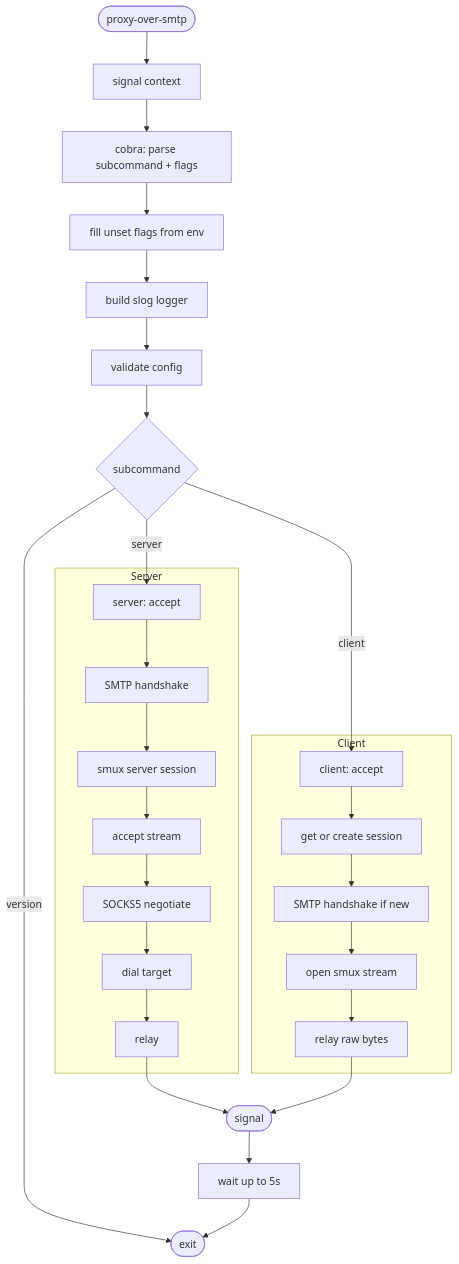
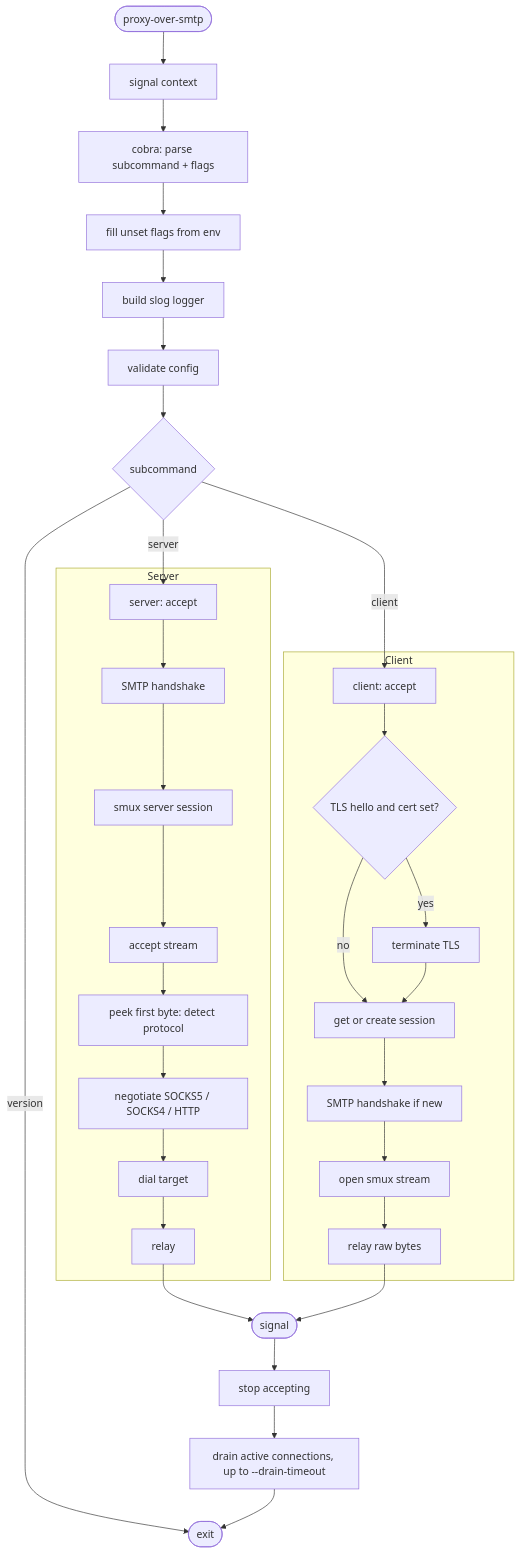
Before and after one commit to dimaskiddo/proxy-over-smtp: the first of 4 diagrams in docs/WORKFLOWS.md, drawn with Mermaid. The commit also changed other lines of this file and 26 other files, not shown here.

Commit message:
feat: add proxy protocol support for socks4, http, and https

````diff
--- a/docs/WORKFLOWS.md
+++ b/docs/WORKFLOWS.md
@@ -9,34 +9,39 @@
 ```mermaid
 flowchart TD
     Start([proxy-over-smtp]) --> Ctx[signal context]
     Ctx --> Cobra[cobra: parse subcommand + flags]
     Cobra --> Env[fill unset flags from env]
     Env --> Log[build slog logger]
     Log --> Val[validate config]
     Val --> Route{subcommand}
 
     Route -- server --> SAccept[server: accept]
     Route -- client --> CAccept[client: accept]
     Route -- version --> Done
 
     subgraph Server
         SAccept --> SHand[SMTP handshake]
         SHand --> SMux[smux server session]
         SMux --> SStream[accept stream]
-        SStream --> SSocks[SOCKS5 negotiate]
+        SStream --> SDet[peek first byte: detect protocol]
+        SDet --> SSocks[negotiate SOCKS5 / SOCKS4 / HTTP]
         SSocks --> SDial[dial target]
         SDial --> SRelay[relay]
     end
 
     subgraph Client
-        CAccept --> CSess[get or create session]
+        CAccept --> CTls{TLS hello and cert set?}
+        CTls -- yes --> CTerm[terminate TLS]
+        CTls -- no --> CSess
+        CTerm --> CSess[get or create session]
         CSess --> CHand[SMTP handshake if new]
         CHand --> COpen[open smux stream]
         COpen --> CRelay[relay raw bytes]
     end
 
     SRelay --> Stop
     CRelay --> Stop
-    Stop([signal]) --> Drain[wait up to 5s]
+    Stop([signal]) --> NoAccept[stop accepting]
+    NoAccept --> Drain[drain active connections, up to --drain-timeout]
     Drain --> Done([exit])
 ```
````
